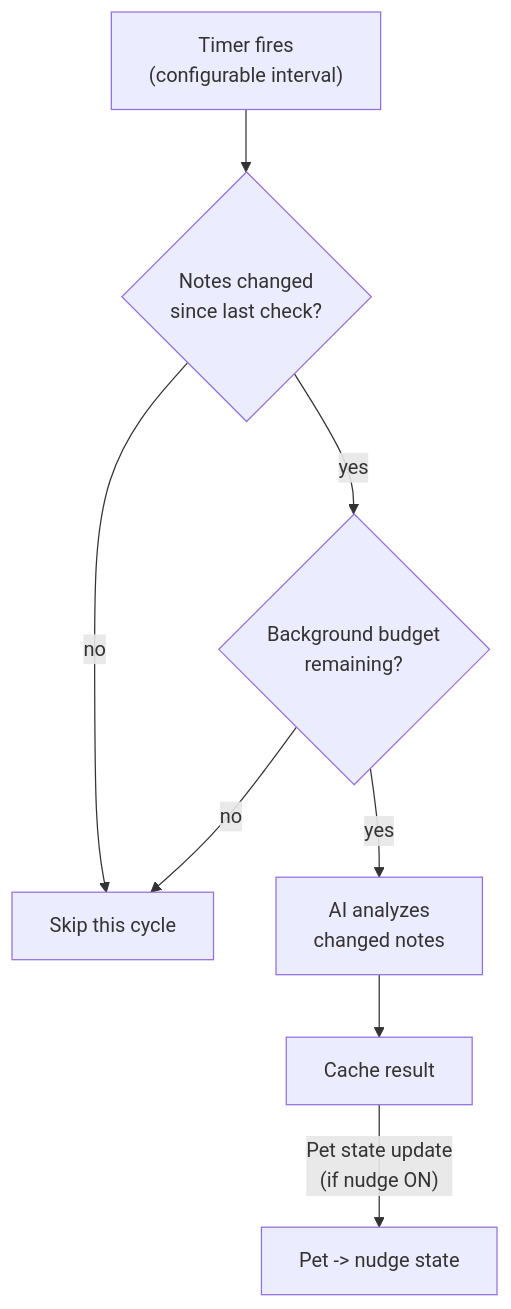
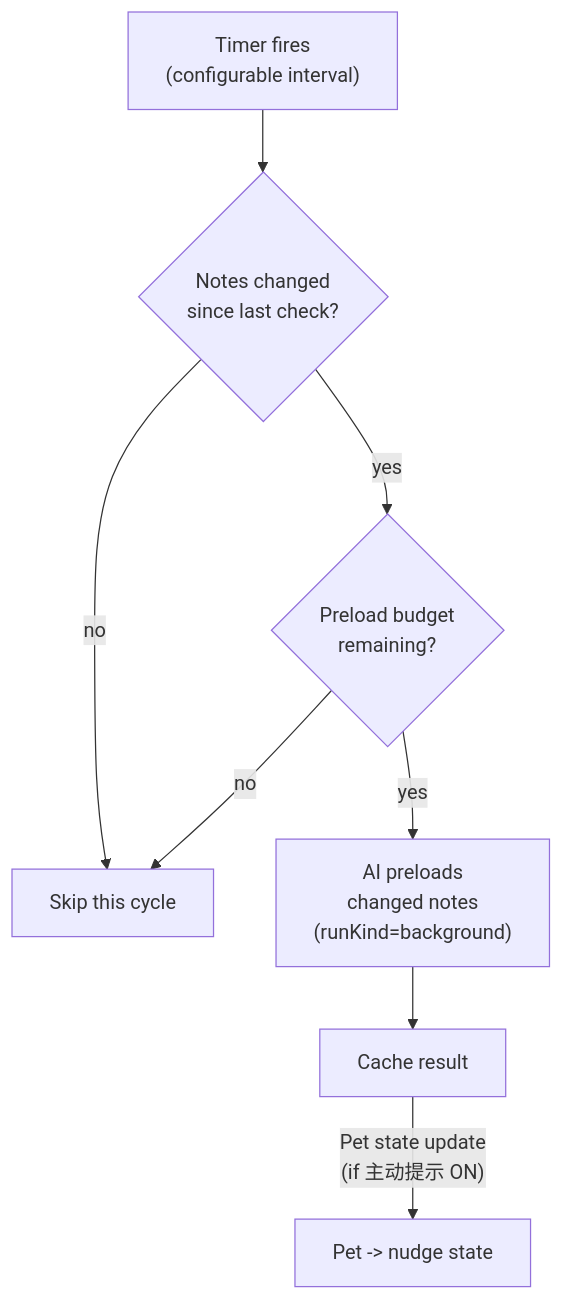
One commit to edonyzpc/personal-assistant changed the second of 2 diagrams in docs/pagelet-v2-product-design.md. Above: the diagram before and after it, drawn with Mermaid. The commit also changed other lines of this file, not shown here.

````diff
--- a/docs/pagelet-v2-product-design.md
+++ b/docs/pagelet-v2-product-design.md
@@ -412,17 +419,17 @@
 ```mermaid
 flowchart TD
   Timer["Timer fires<br/>(configurable interval)"]
   Changed{"Notes changed<br/>since last check?"}
-  Budget{"Background budget<br/>remaining?"}
-  Analyze["AI analyzes<br/>changed notes"]
+  Budget{"Preload budget<br/>remaining?"}
+  Analyze["AI preloads<br/>changed notes<br/>(runKind=background)"]
   Cache["Cache result"]
   Skip["Skip this cycle"]
 
   Timer --> Changed
   Changed -- no --> Skip
   Changed -- yes --> Budget
   Budget -- no --> Skip
   Budget -- yes --> Analyze
   Analyze --> Cache
-  Cache --> |"Pet state update<br/>(if nudge ON)"| NudgeCheck["Pet -> nudge state"]
+  Cache --> |"Pet state update<br/>(if 主动提示 ON)"| NudgeCheck["Pet -> nudge state"]
 ```
````
